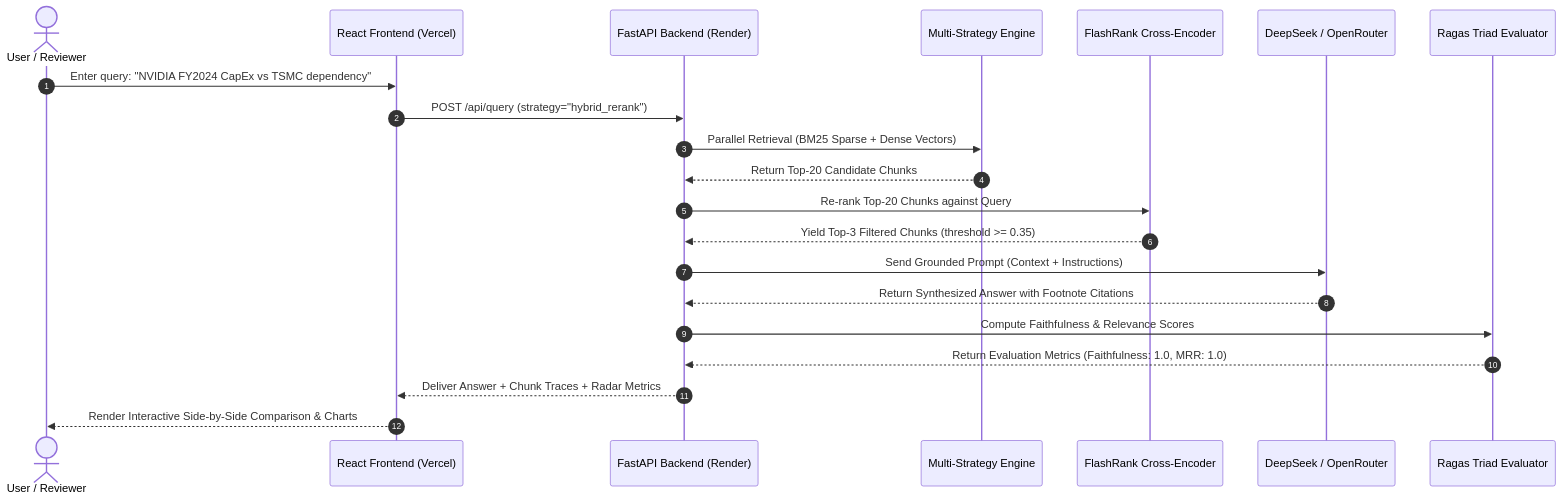
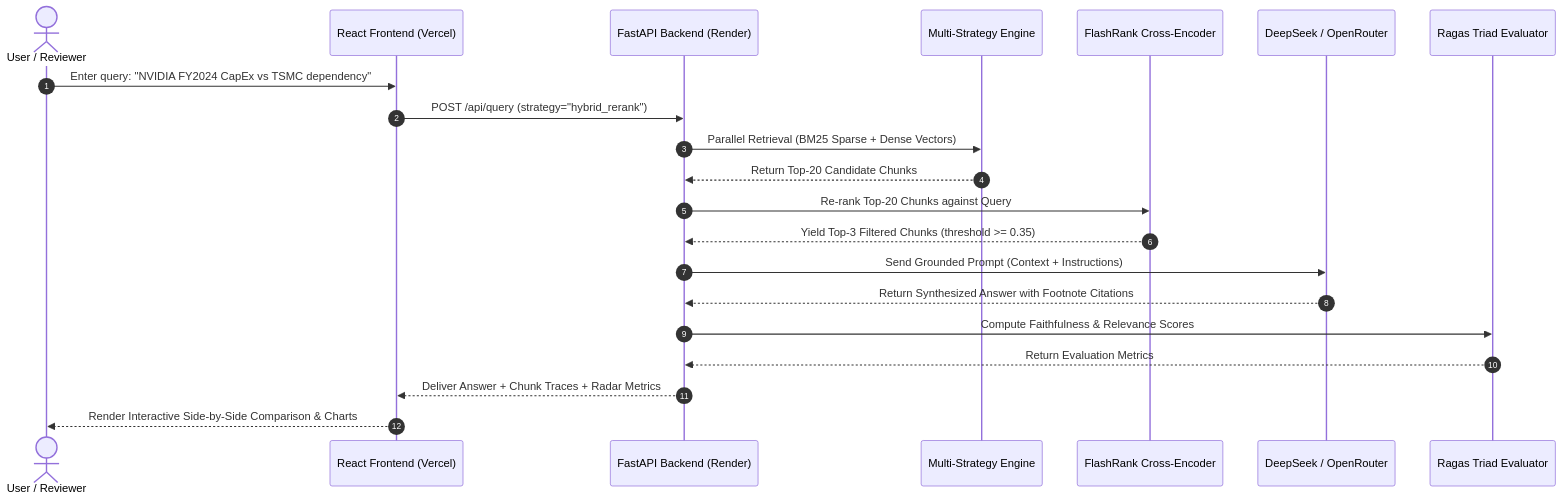
Before and after one commit to MuhZainur/ragops-benchmark: the second of 2 diagrams in README.md, drawn with Mermaid. The commit also changed other lines of this file and 2 other files, not shown here.

````diff
--- a/README.md
+++ b/README.md
@@ -175,24 +178,24 @@
 ```mermaid
 sequenceDiagram
     autonumber
     actor User as User / Reviewer
     participant UI as React Frontend (Vercel)
     participant API as FastAPI Backend (Render)
     participant Engine as Multi-Strategy Engine
     participant FlashRank as FlashRank Cross-Encoder
     participant LLM as DeepSeek / OpenRouter
     participant Eval as Ragas Triad Evaluator
 
     User->>UI: Enter query: "NVIDIA FY2024 CapEx vs TSMC dependency"
     UI->>API: POST /api/query (strategy="hybrid_rerank")
     API->>Engine: Parallel Retrieval (BM25 Sparse + Dense Vectors)
     Engine-->>API: Return Top-20 Candidate Chunks
     API->>FlashRank: Re-rank Top-20 Chunks against Query
     FlashRank-->>API: Yield Top-3 Filtered Chunks (threshold >= 0.35)
     API->>LLM: Send Grounded Prompt (Context + Instructions)
     LLM-->>API: Return Synthesized Answer with Footnote Citations
     API->>Eval: Compute Faithfulness & Relevance Scores
-    Eval-->>API: Return Evaluation Metrics (Faithfulness: 1.0, MRR: 1.0)
+    Eval-->>API: Return Evaluation Metrics
     API-->>UI: Deliver Answer + Chunk Traces + Radar Metrics
     UI-->>User: Render Interactive Side-by-Side Comparison & Charts
 ```
````
